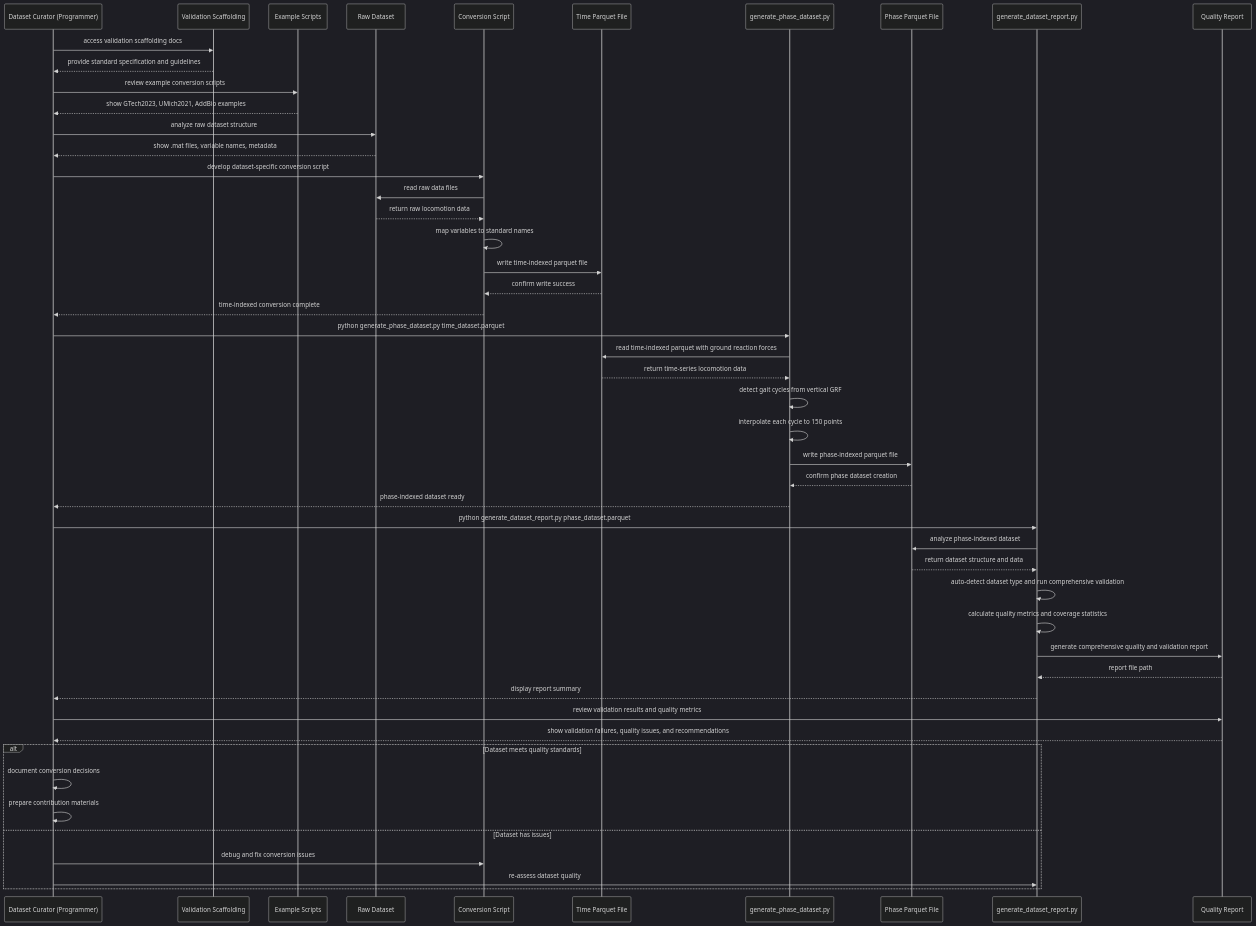
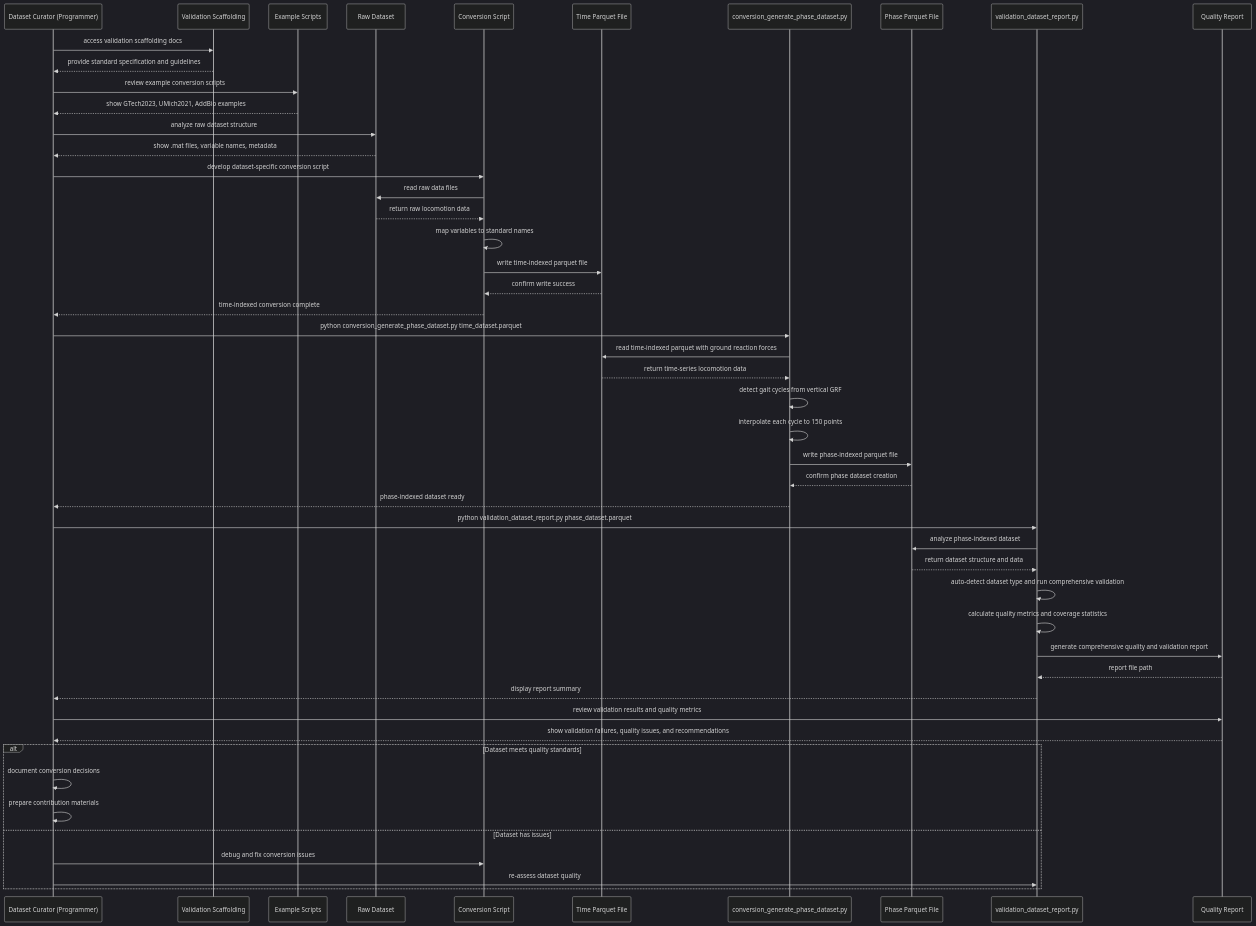
The first of 4 diagrams in docs/software_engineering/06_sequence_workflows.md (jmontp/LocoHub), drawn with Mermaid before and after one commit. The commit also changed other lines of this file and 2 other files, not shown here.

````diff
--- a/docs/software_engineering/06_sequence_workflows.md
+++ b/docs/software_engineering/06_sequence_workflows.md
@@ -9,60 +9,60 @@
 ```mermaid
 %%{init: {'theme': 'dark'}}%%
 sequenceDiagram
     participant DC as Dataset Curator (Programmer)
     participant VS as Validation Scaffolding
     participant ES as Example Scripts
     participant RD as Raw Dataset
     participant CS as Conversion Script
     participant PF as Time Parquet File
-    participant GP as generate_phase_dataset.py
+    participant GP as conversion_generate_phase_dataset.py
     participant PP as Phase Parquet File
-    participant DR as generate_dataset_report.py
+    participant DR as validation_dataset_report.py
     participant QR as Quality Report
 
     DC->>VS: access validation scaffolding docs
     VS-->>DC: provide standard specification and guidelines
     
     DC->>ES: review example conversion scripts
     ES-->>DC: show GTech2023, UMich2021, AddBio examples
     
     DC->>RD: analyze raw dataset structure
     RD-->>DC: show .mat files, variable names, metadata
     
     DC->>CS: develop dataset-specific conversion script
     CS->>RD: read raw data files
     RD-->>CS: return raw locomotion data
     CS->>CS: map variables to standard names
     CS->>PF: write time-indexed parquet file
     PF-->>CS: confirm write success
     CS-->>DC: time-indexed conversion complete
     
-    DC->>GP: python generate_phase_dataset.py time_dataset.parquet
+    DC->>GP: python conversion_generate_phase_dataset.py time_dataset.parquet
     GP->>PF: read time-indexed parquet with ground reaction forces
     PF-->>GP: return time-series locomotion data
     GP->>GP: detect gait cycles from vertical GRF
     GP->>GP: interpolate each cycle to 150 points
     GP->>PP: write phase-indexed parquet file
     PP-->>GP: confirm phase dataset creation
     GP-->>DC: phase-indexed dataset ready
     
-    DC->>DR: python generate_dataset_report.py phase_dataset.parquet
+    DC->>DR: python validation_dataset_report.py phase_dataset.parquet
     DR->>PP: analyze phase-indexed dataset
     PP-->>DR: return dataset structure and data
     DR->>DR: auto-detect dataset type and run comprehensive validation
     DR->>DR: calculate quality metrics and coverage statistics
     DR->>QR: generate comprehensive quality and validation report
     QR-->>DR: report file path
     DR-->>DC: display report summary
     
     DC->>QR: review validation results and quality metrics
     QR-->>DC: show validation failures, quality issues, and recommendations
     
     alt Dataset meets quality standards
         DC->>DC: document conversion decisions
         DC->>DC: prepare contribution materials
     else Dataset has issues
         DC->>CS: debug and fix conversion issues
         DC->>DR: re-assess dataset quality
     end
 ```
````
